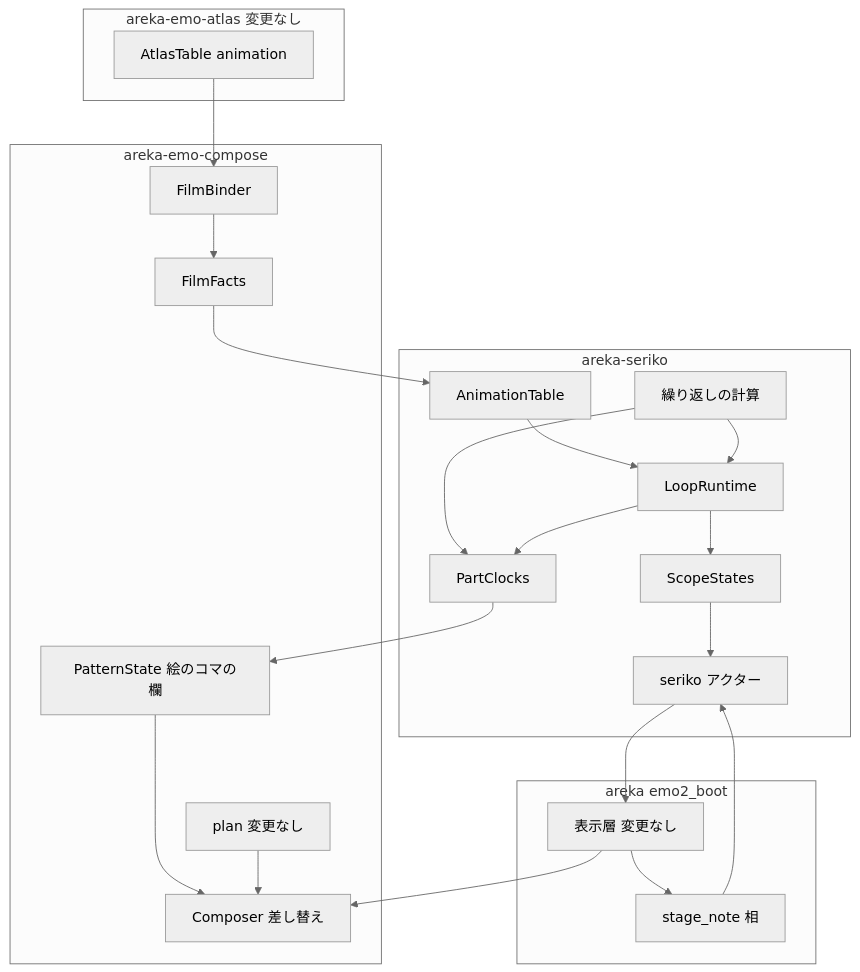
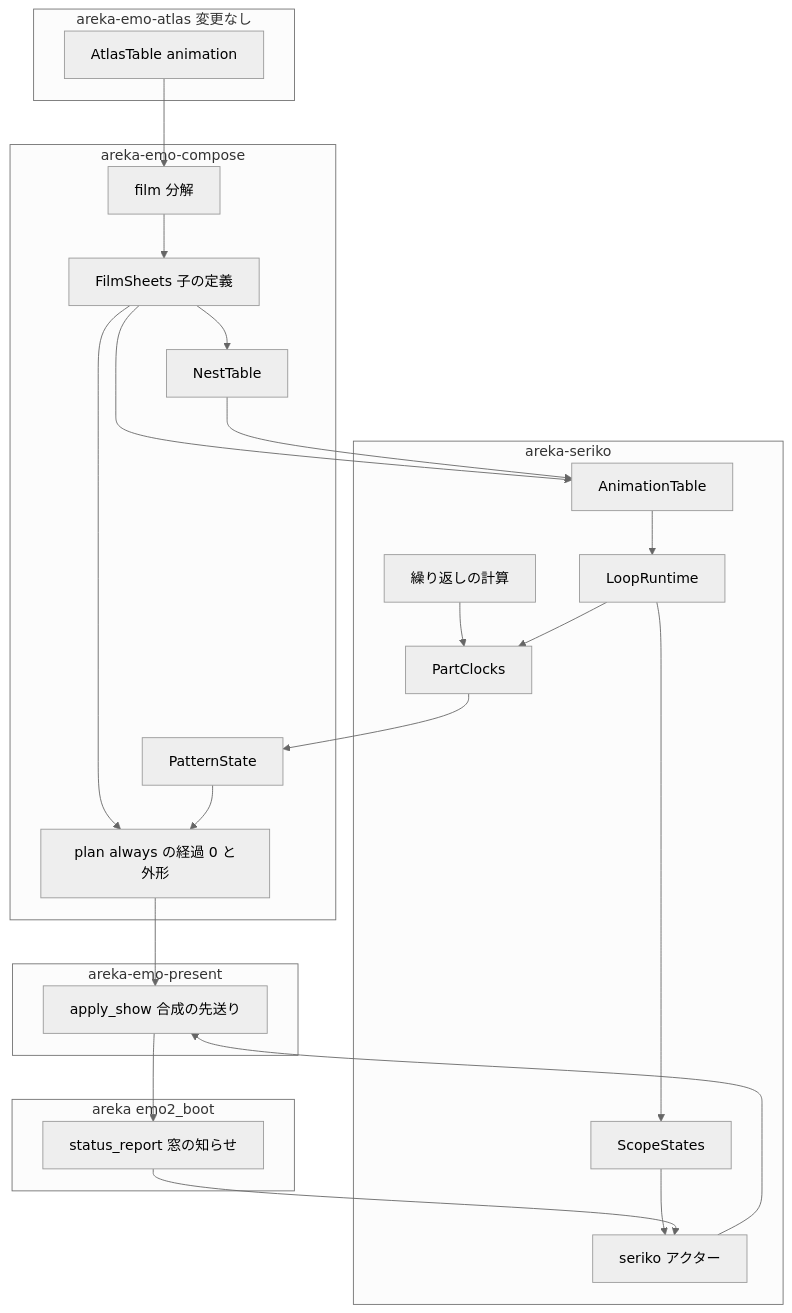
Before and after one commit to ekicyou/areka: the first of 4 diagrams in .kiro/specs/areka-P0-animated-image-playback/design.md, drawn with Mermaid (neutral theme). The commit also changed other lines of this file and 1 other file, not shown here.

Commit message:
docs(areka-P0-animated-image-playback): resolve design discussion #1 - 子サーフェスへの分解で設計を作り直す

````diff
--- a/.kiro/specs/areka-P0-animated-image-playback/design.md
+++ b/.kiro/specs/areka-P0-animated-image-playback/design.md
@@ -90,41 +122,44 @@
 ```mermaid
 graph TB
     subgraph Atlas[areka-emo-atlas 変更なし]
         AtlasTable[AtlasTable animation]
     end
     subgraph Compose[areka-emo-compose]
-        FilmBinder[FilmBinder]
-        FilmFacts[FilmFacts]
-        PatternFilms[PatternState 絵のコマの欄]
-        Composer[Composer 差し替え]
-        Plan[plan 変更なし]
+        Decompose[film 分解]
+        Sheets[FilmSheets 子の定義]
+        Nest[NestTable]
+        Pattern[PatternState]
+        Plan[plan always の経過 0 と外形]
     end
     subgraph Seriko[areka-seriko]
         Table[AnimationTable]
         Repeat[繰り返しの計算]
         Clocks[PartClocks]
         Looper[LoopRuntime]
         States[ScopeStates]
         Actor[seriko アクター]
     end
+    subgraph Present[areka-emo-present]
+        Show[apply_show 合成の先送り]
+    end
     subgraph Areka[areka emo2_boot]
-        StageNote[stage_note 相]
-        Presenter[表示層 変更なし]
+        Report[status_report 窓の知らせ]
     end
-    AtlasTable --> FilmBinder
-    FilmBinder --> FilmFacts
-    FilmFacts --> Table
+    AtlasTable --> Decompose
+    Decompose --> Sheets
+    Sheets --> Nest
+    Sheets --> Plan
+    Sheets --> Table
+    Nest --> Table
     Table --> Looper
-    Repeat --> Looper
     Repeat --> Clocks
     Looper --> Clocks
-    Clocks --> PatternFilms
+    Clocks --> Pattern
     Looper --> States
     States --> Actor
-    Actor --> Presenter
-    Presenter --> Composer
-    PatternFilms --> Composer
-    Plan --> Composer
-    Presenter --> StageNote
-    StageNote --> Actor
+    Actor --> Show
+    Pattern --> Plan
+    Plan --> Show
+    Show --> Report
+    Report --> Actor
 ```
````
